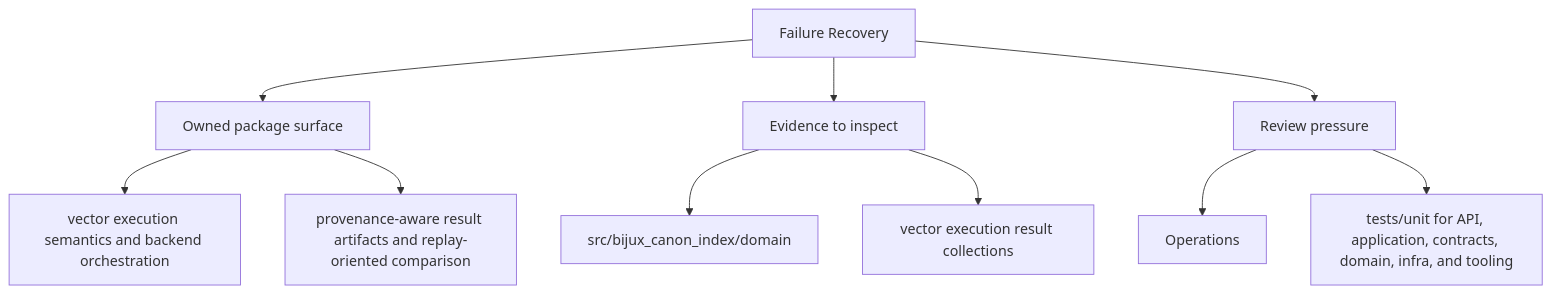
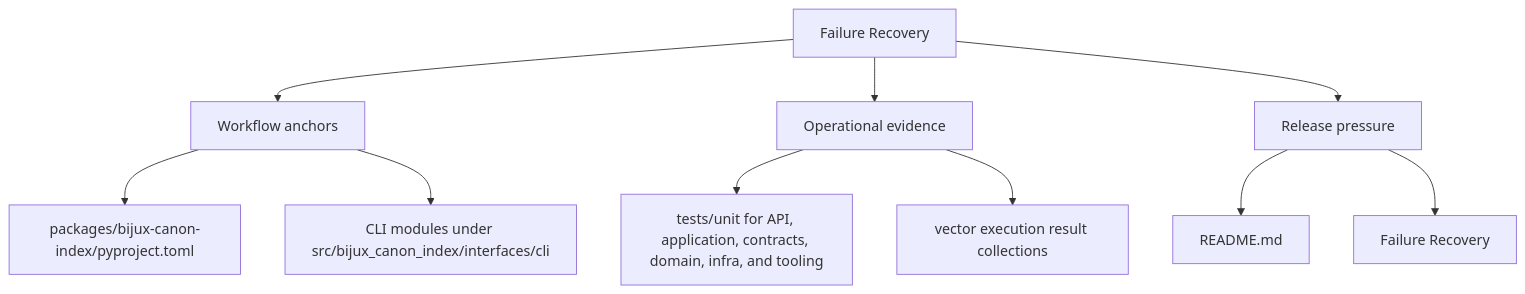
Before and after one commit to bijux/bijux-canon: the second of 2 diagrams in docs/bijux-canon-index/operations/failure-recovery.md, drawn with Mermaid. The commit also changed other lines of this file and 250 other files, not shown here.

Commit message:
docs(diagrams): make product page maps more readable

````diff
--- a/docs/bijux-canon-index/operations/failure-recovery.md
+++ b/docs/bijux-canon-index/operations/failure-recovery.md
@@ -34,22 +34,22 @@
 ```mermaid
 flowchart TD
     page["Failure Recovery"]
-    focus1["Owned package surface"]
+    focus1["Workflow anchors"]
     page --> focus1
-    focus1_1["vector execution semantics and backend orchestration"]
+    focus1_1["packages/bijux-canon-index/pyproject.toml"]
     focus1 --> focus1_1
-    focus1_2["provenance-aware result artifacts and replay-oriented comparison"]
+    focus1_2["CLI modules under src/bijux_canon_index/interfaces/cli"]
     focus1 --> focus1_2
-    focus2["Evidence to inspect"]
+    focus2["Operational evidence"]
     page --> focus2
-    focus2_1["src/bijux_canon_index/domain"]
+    focus2_1["tests/unit for API, application, contracts, domain, infra, and tooling"]
     focus2 --> focus2_1
     focus2_2["vector execution result collections"]
     focus2 --> focus2_2
-    focus3["Review pressure"]
+    focus3["Release pressure"]
     page --> focus3
-    focus3_1["Operations"]
+    focus3_1["README.md"]
     focus3 --> focus3_1
-    focus3_2["tests/unit for API, application, contracts, domain, infra, and tooling"]
+    focus3_2["Failure Recovery"]
     focus3 --> focus3_2
 ```
````
